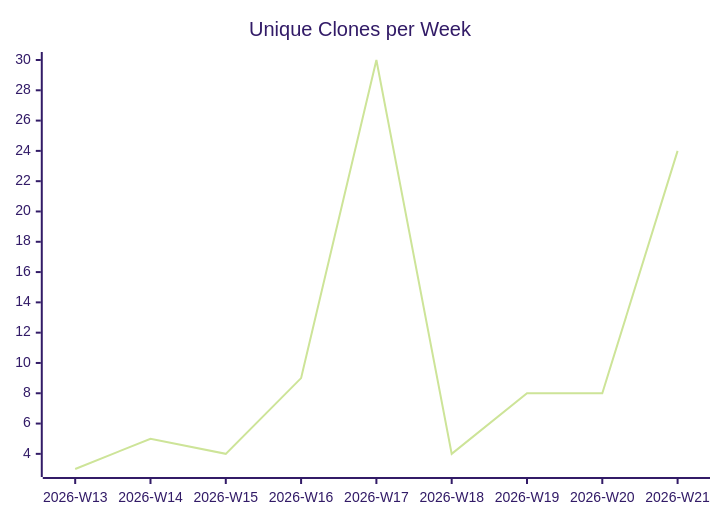
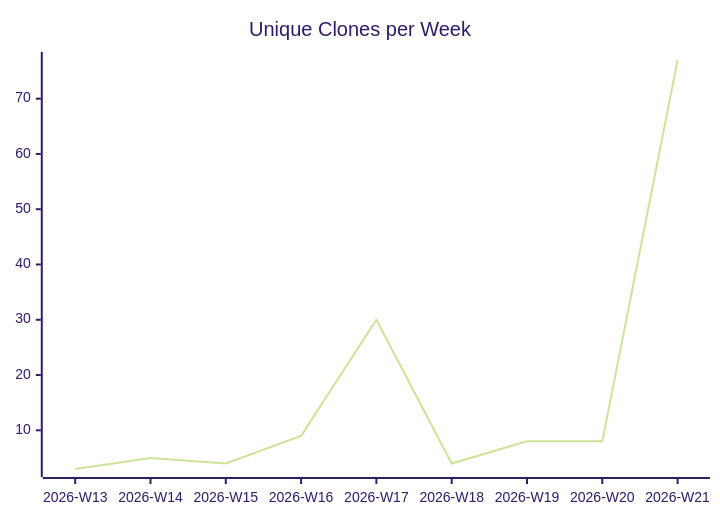
One commit to justdavis-family/github-analytics-data changed the third of 3 diagrams in karlmdavis/dotfiles/README.md. Above: the diagram before and after it, drawn with Mermaid (forest theme). The commit also changed other lines of this file and 190 other files, not shown here.

````diff
--- a/karlmdavis/dotfiles/README.md
+++ b/karlmdavis/dotfiles/README.md
@@ -19,6 +19,6 @@
 ```mermaid
 xychart-beta
   title "Unique Clones per Week"
   x-axis ["2026-W13", "2026-W14", "2026-W15", "2026-W16", "2026-W17", "2026-W18", "2026-W19", "2026-W20", "2026-W21"]
-  line [3, 5, 4, 9, 30, 4, 8, 8, 24]
+  line [3, 5, 4, 9, 30, 4, 8, 8, 77]
 ```
````
